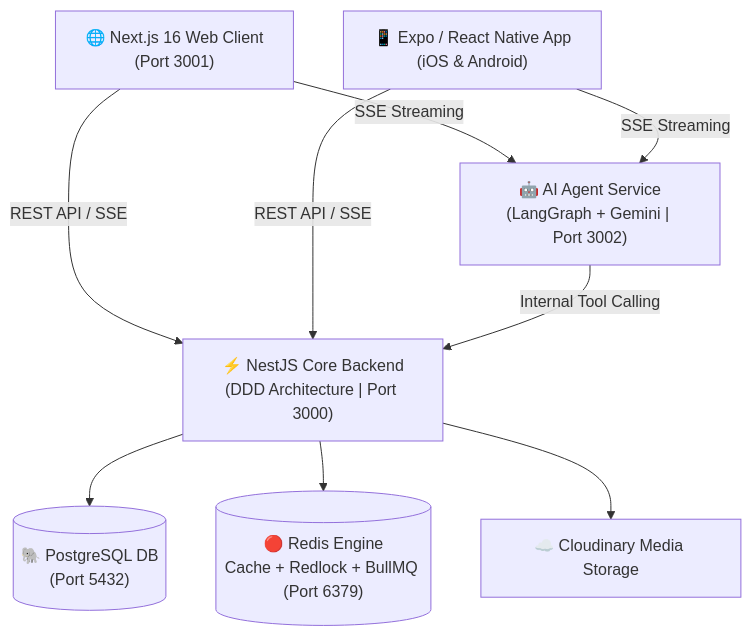
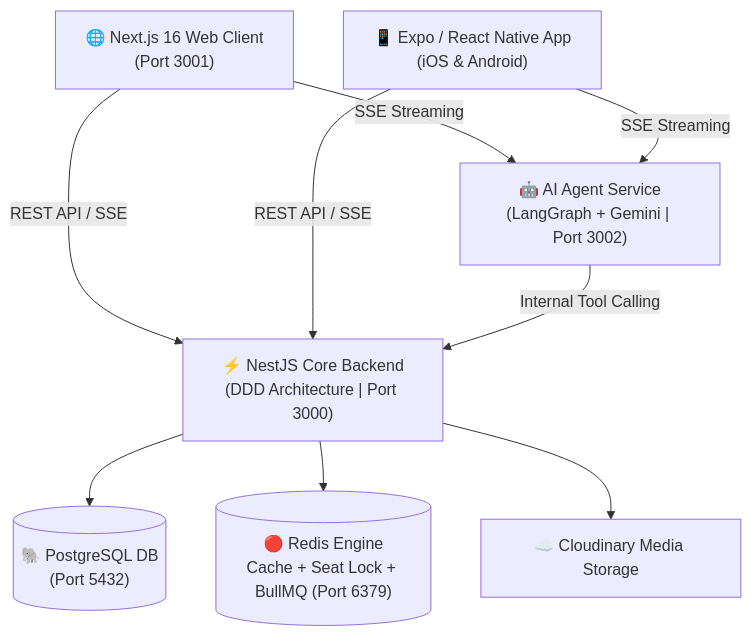
Before and after one commit to GiaBaoIT27/cinema-booking-agent: the diagram in README.md, drawn with Mermaid. The commit also changed other lines of this file and 1 other file, not shown here.

````diff
--- a/README.md
+++ b/README.md
@@ -80,21 +83,21 @@
 ```mermaid
 graph TD
     ClientWeb["🌐 Next.js 16 Web Client<br/>(Port 3001)"]
     ClientMobile["📱 Expo / React Native App<br/>(iOS & Android)"]
     AIAgent["🤖 AI Agent Service<br/>(LangGraph + Gemini | Port 3002)"]
     Backend["⚡ NestJS Core Backend<br/>(DDD Architecture | Port 3000)"]
 
     Postgres[("🐘 PostgreSQL DB<br/>(Port 5432)")]
-    RedisCache[("🔴 Redis Engine<br/>Cache + Redlock + BullMQ (Port 6379)")]
+    RedisCache[("🔴 Redis Engine<br/>Cache + Seat Lock + BullMQ (Port 6379)")]
     Cloudinary["☁️ Cloudinary Media Storage"]
 
     ClientWeb -->|REST API / SSE| Backend
     ClientMobile -->|REST API / SSE| Backend
     ClientWeb -->|SSE Streaming| AIAgent
     ClientMobile -->|SSE Streaming| AIAgent
 
     AIAgent -->|Internal Tool Calling| Backend
     Backend --> Postgres
     Backend --> RedisCache
     Backend --> Cloudinary
 ```
````
